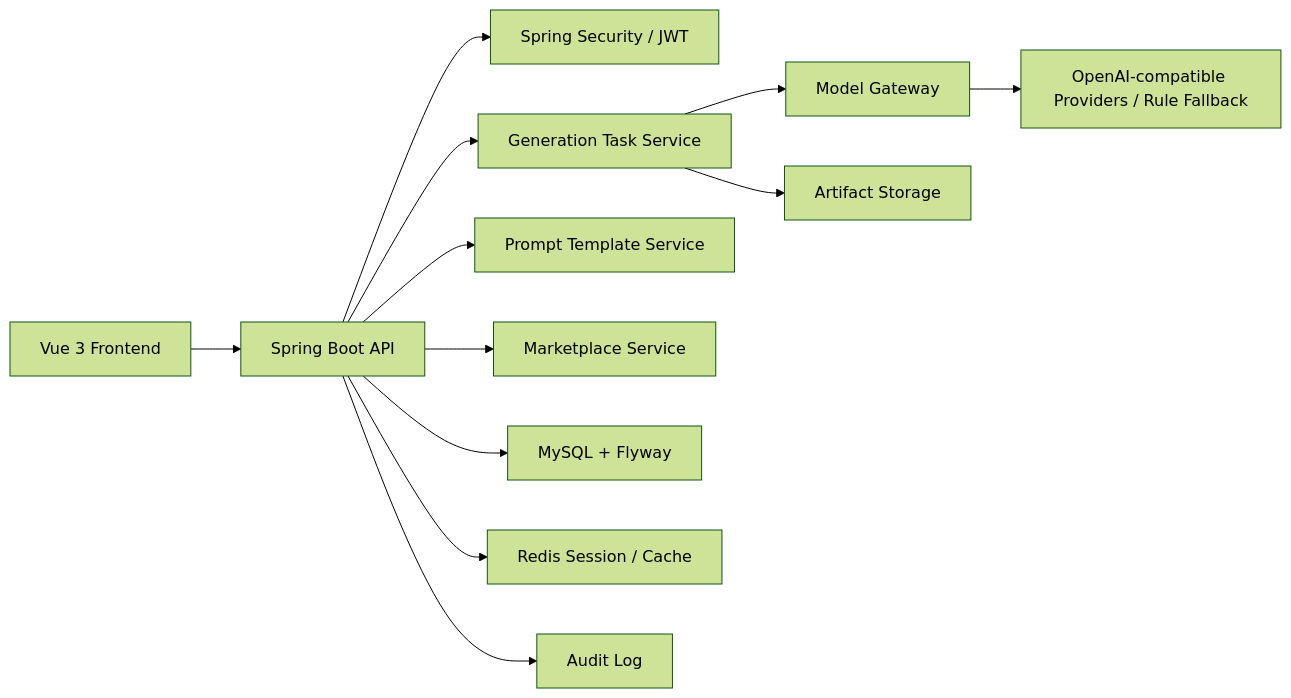
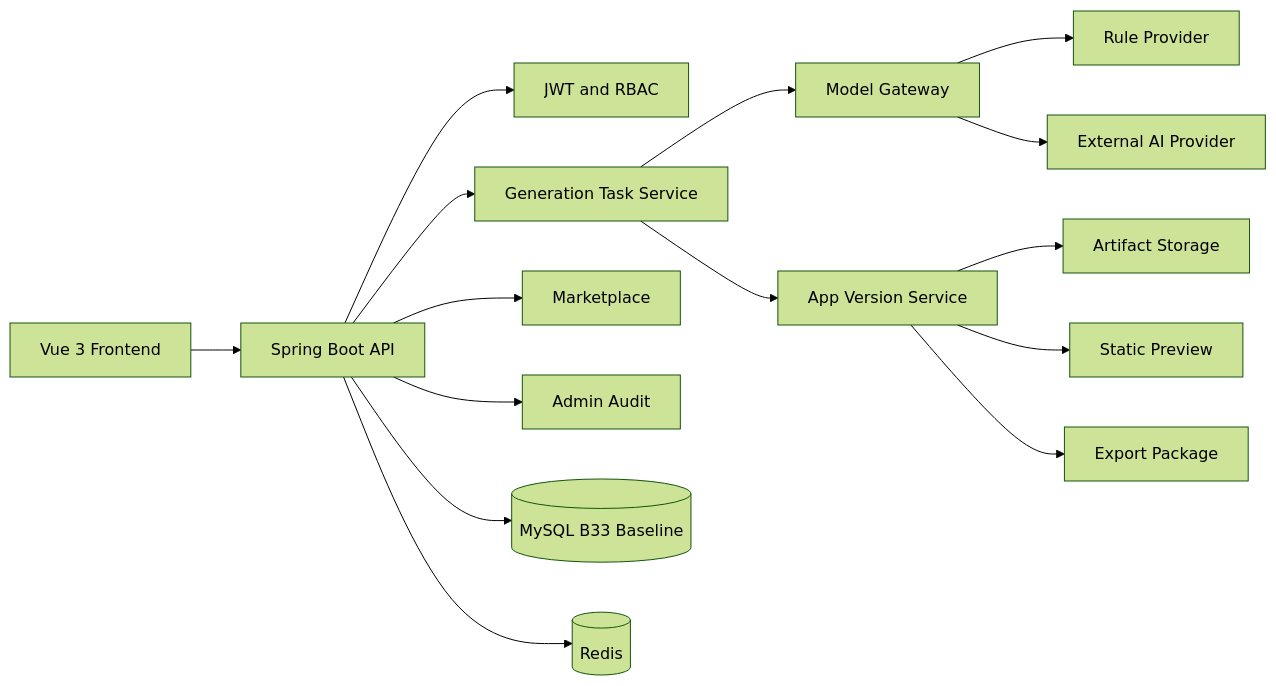
Before and after one commit to 18307519324az/CodeForge-AI: the first of 2 diagrams in README.md, drawn with Mermaid (forest theme). The commit also changed other lines of this file and 25 other files, not shown here.

````diff
--- a/README.md
+++ b/README.md
@@ -73,14 +73,17 @@
 ```mermaid
 flowchart LR
-  Browser["Vue 3 Frontend"] --> Api["Spring Boot API"]
-  Api --> Auth["Spring Security / JWT"]
-  Api --> Task["Generation Task Service"]
-  Api --> Prompt["Prompt Template Service"]
-  Api --> Marketplace["Marketplace Service"]
-  Task --> Gateway["Model Gateway"]
-  Gateway --> Providers["OpenAI-compatible Providers / Rule Fallback"]
-  Task --> Storage["Artifact Storage"]
-  Api --> MySQL["MySQL + Flyway"]
-  Api --> Redis["Redis Session / Cache"]
-  Api --> Audit["Audit Log"]
+  UI[Vue 3 Frontend] --> API[Spring Boot API]
+  API --> Auth[JWT and RBAC]
+  API --> Task[Generation Task Service]
+  Task --> Gateway[Model Gateway]
+  Gateway --> Rule[Rule Provider]
+  Gateway --> AI[External AI Provider]
+  Task --> Version[App Version Service]
+  Version --> Store[Artifact Storage]
+  Version --> Preview[Static Preview]
+  Version --> Export[Export Package]
+  API --> Market[Marketplace]
+  API --> Admin[Admin Audit]
+  API --> DB[(MySQL B33 Baseline)]
+  API --> Redis[(Redis)]
 ```
````
